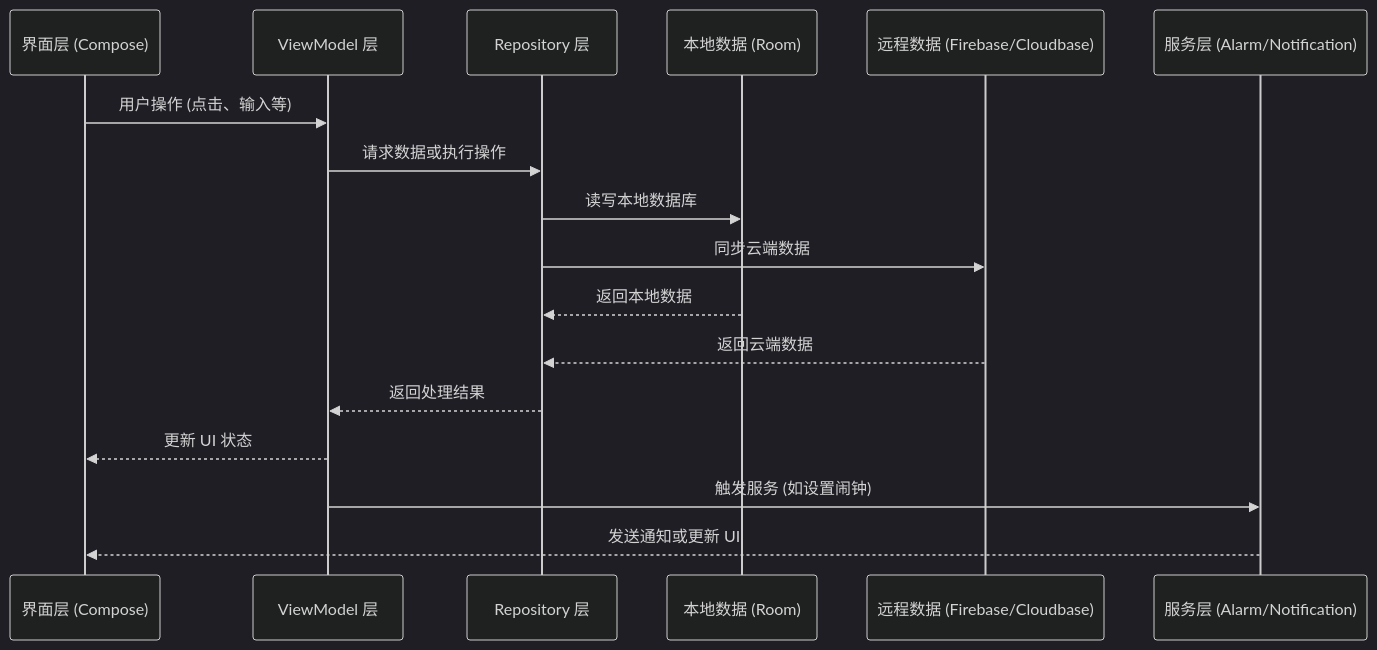
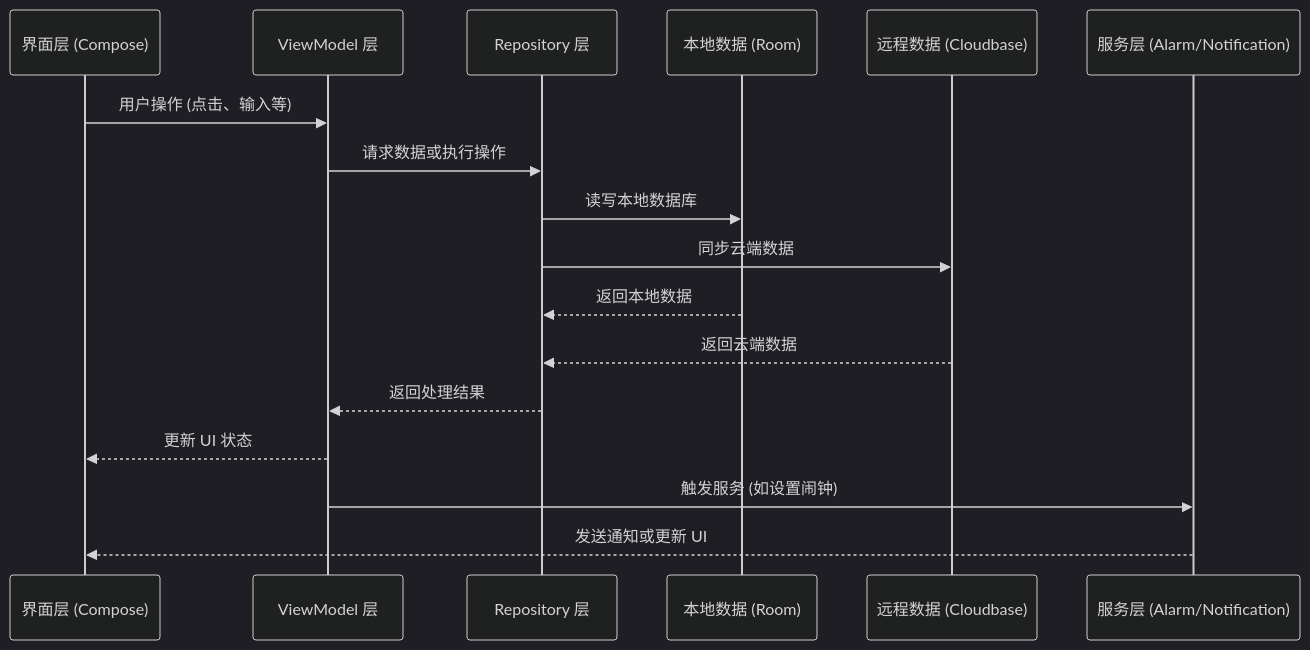
One commit to guobosco/ShareAlarm changed the second of 4 diagrams in code_structure_diagram.md. Above: the diagram before and after it, drawn with Mermaid (dark theme). The commit also changed other lines of this file and 4 other files, not shown here.

````diff
--- a/code_structure_diagram.md
+++ b/code_structure_diagram.md
@@ -150,20 +140,20 @@
 ```mermaid
 sequenceDiagram
     participant UI as 界面层 (Compose)
     participant VM as ViewModel 层
     participant REPO as Repository 层
     participant LOCAL as 本地数据 (Room)
-    participant REMOTE as 远程数据 (Firebase/Cloudbase)
+    participant REMOTE as 远程数据 (Cloudbase)
     participant SERVICE as 服务层 (Alarm/Notification)
 
     UI->>VM: 用户操作 (点击、输入等)
     VM->>REPO: 请求数据或执行操作
     REPO->>LOCAL: 读写本地数据库
     REPO->>REMOTE: 同步云端数据
     LOCAL-->>REPO: 返回本地数据
     REMOTE-->>REPO: 返回云端数据
     REPO-->>VM: 返回处理结果
     VM-->>UI: 更新 UI 状态
     VM->>SERVICE: 触发服务 (如设置闹钟)
     SERVICE-->>UI: 发送通知或更新 UI
 ```
````
